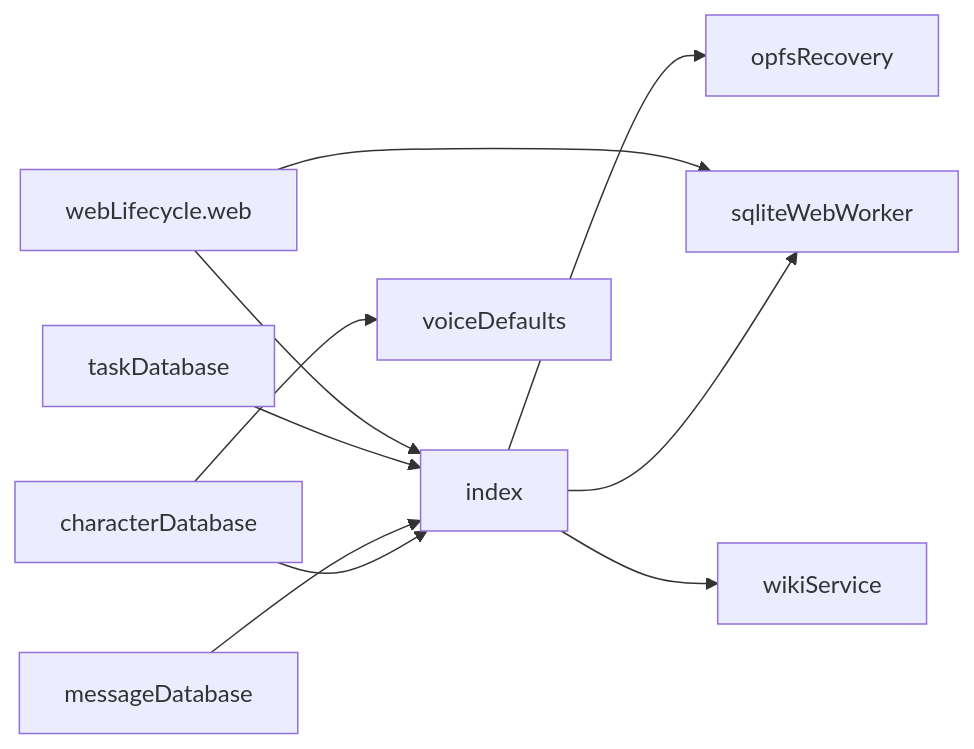
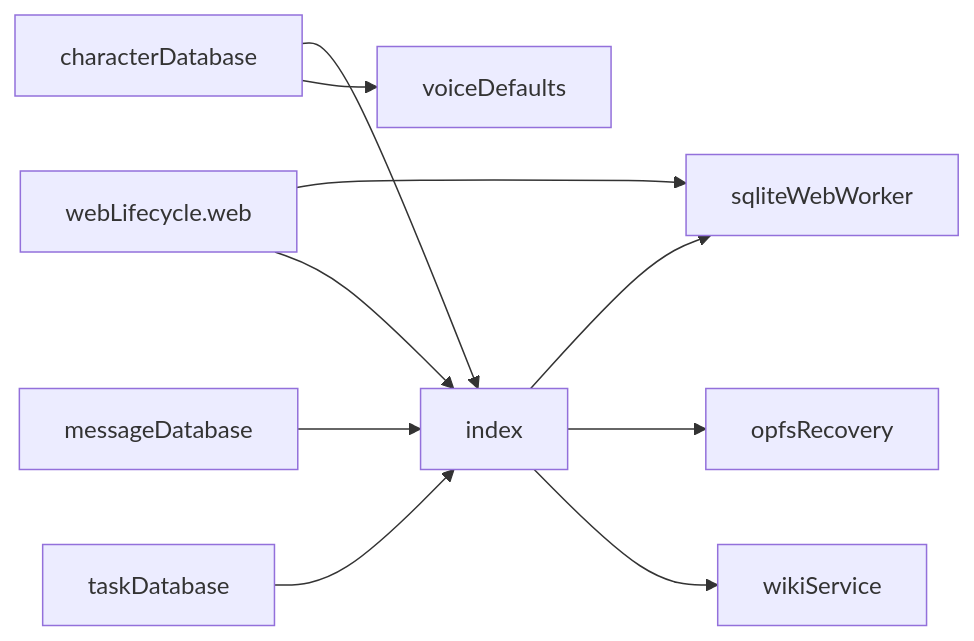
One commit to equationalapplications/clanker changed the diagram in docs/flowcharts/DATABASE.md. Above: the diagram before and after it, drawn with Mermaid. The commit also changed other lines of this file, not shown here.

First line of the commit message:
docs(flowcharts): fix web lifecycle dependency order in DATABASE

````diff
--- a/docs/flowcharts/DATABASE.md
+++ b/docs/flowcharts/DATABASE.md
@@ -4,12 +4,12 @@
 ```mermaid
 graph LR
   characterDatabase --> index
   characterDatabase --> voiceDefaults
   index --> sqliteWebWorker
   index --> opfsRecovery
   index --> wikiService
   messageDatabase --> index
   taskDatabase --> index
+  webLifecycle.web --> sqliteWebWorker
   webLifecycle.web --> index
-  webLifecycle.web --> sqliteWebWorker
 ```
````
